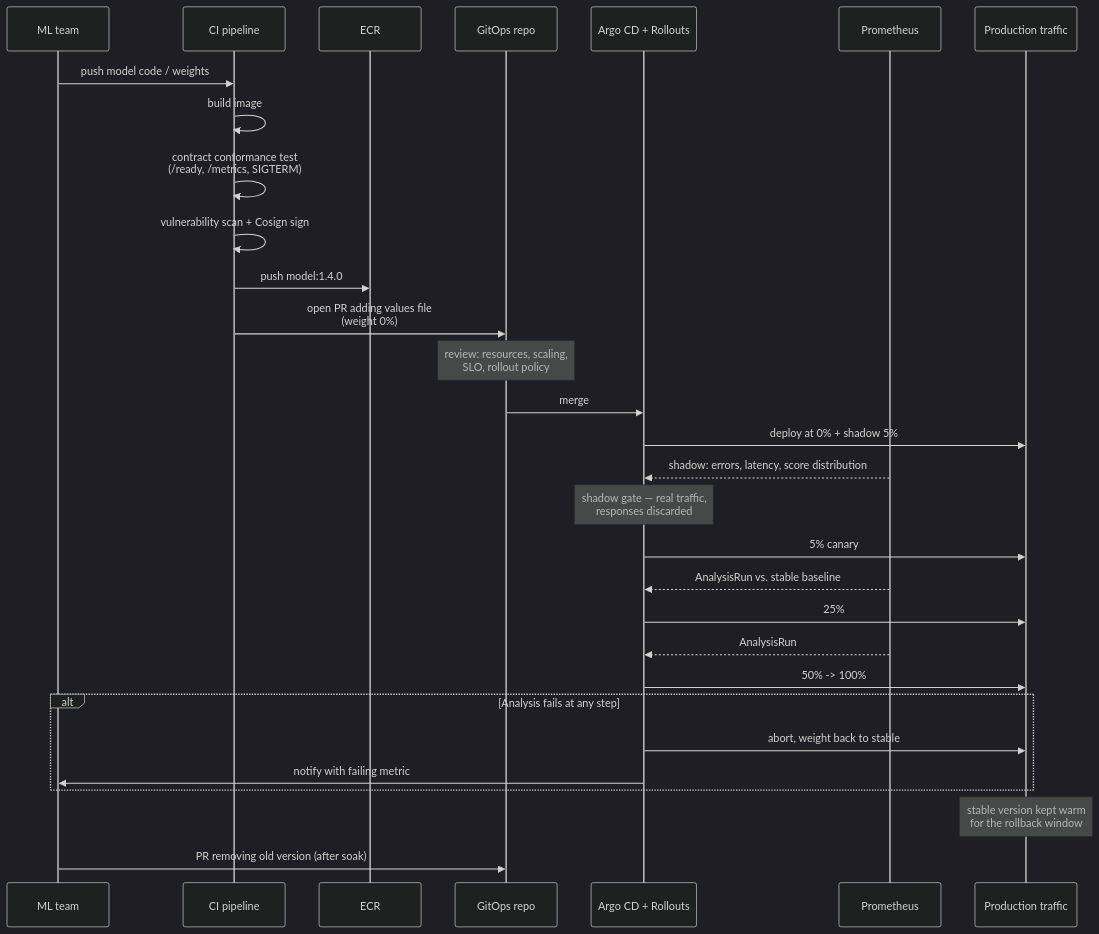
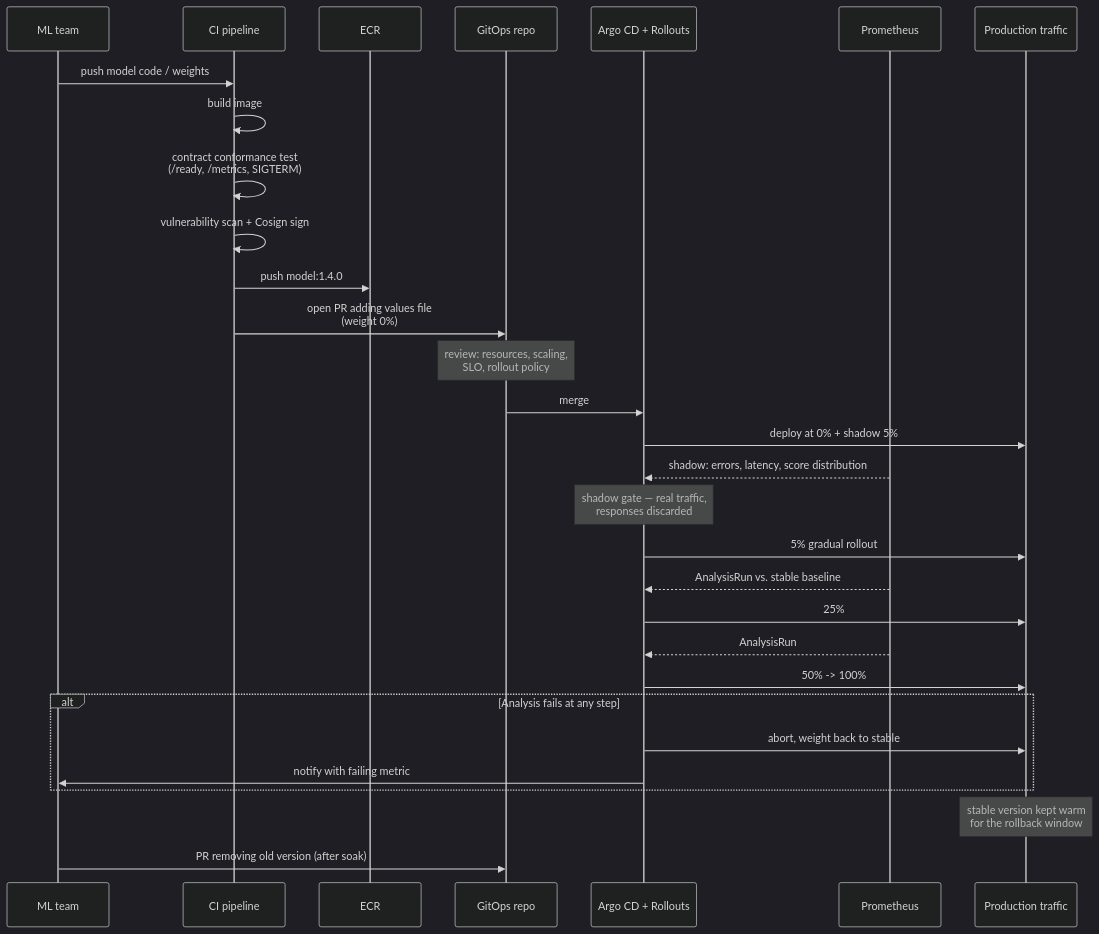
The fifth of 5 diagrams in README.md (Aish-0311/Scalable-Multi-Model-Inference-Platform), drawn with Mermaid (dark theme) before and after one commit. The commit also changed other lines of this file, not shown here.

````diff
--- a/README.md
+++ b/README.md
@@ -500,38 +479,38 @@
 ```mermaid
 sequenceDiagram
     participant ML as ML team
     participant CI as CI pipeline
     participant ECR as ECR
     participant Git as GitOps repo
     participant Argo as Argo CD + Rollouts
     participant Prom as Prometheus
     participant Prod as Production traffic
 
     ML->>CI: push model code / weights
     CI->>CI: build image
     CI->>CI: contract conformance test<br/>(/ready, /metrics, SIGTERM)
     CI->>CI: vulnerability scan + Cosign sign
     CI->>ECR: push model:1.4.0
     CI->>Git: open PR adding values file<br/>(weight 0%)
 
     Note over Git: review: resources, scaling,<br/>SLO, rollout policy
     Git->>Argo: merge
 
     Argo->>Prod: deploy at 0% + shadow 5%
     Prom-->>Argo: shadow: errors, latency, score distribution
     Note over Argo: shadow gate — real traffic,<br/>responses discarded
 
-    Argo->>Prod: 5% canary
+    Argo->>Prod: 5% gradual rollout
     Prom-->>Argo: AnalysisRun vs. stable baseline
     Argo->>Prod: 25%
     Prom-->>Argo: AnalysisRun
     Argo->>Prod: 50% -> 100%
 
     alt Analysis fails at any step
         Argo->>Prod: abort, weight back to stable
         Argo->>ML: notify with failing metric
     end
 
     Note over Prod: stable version kept warm<br/>for the rollback window
     ML->>Git: PR removing old version (after soak)
 ```
````
